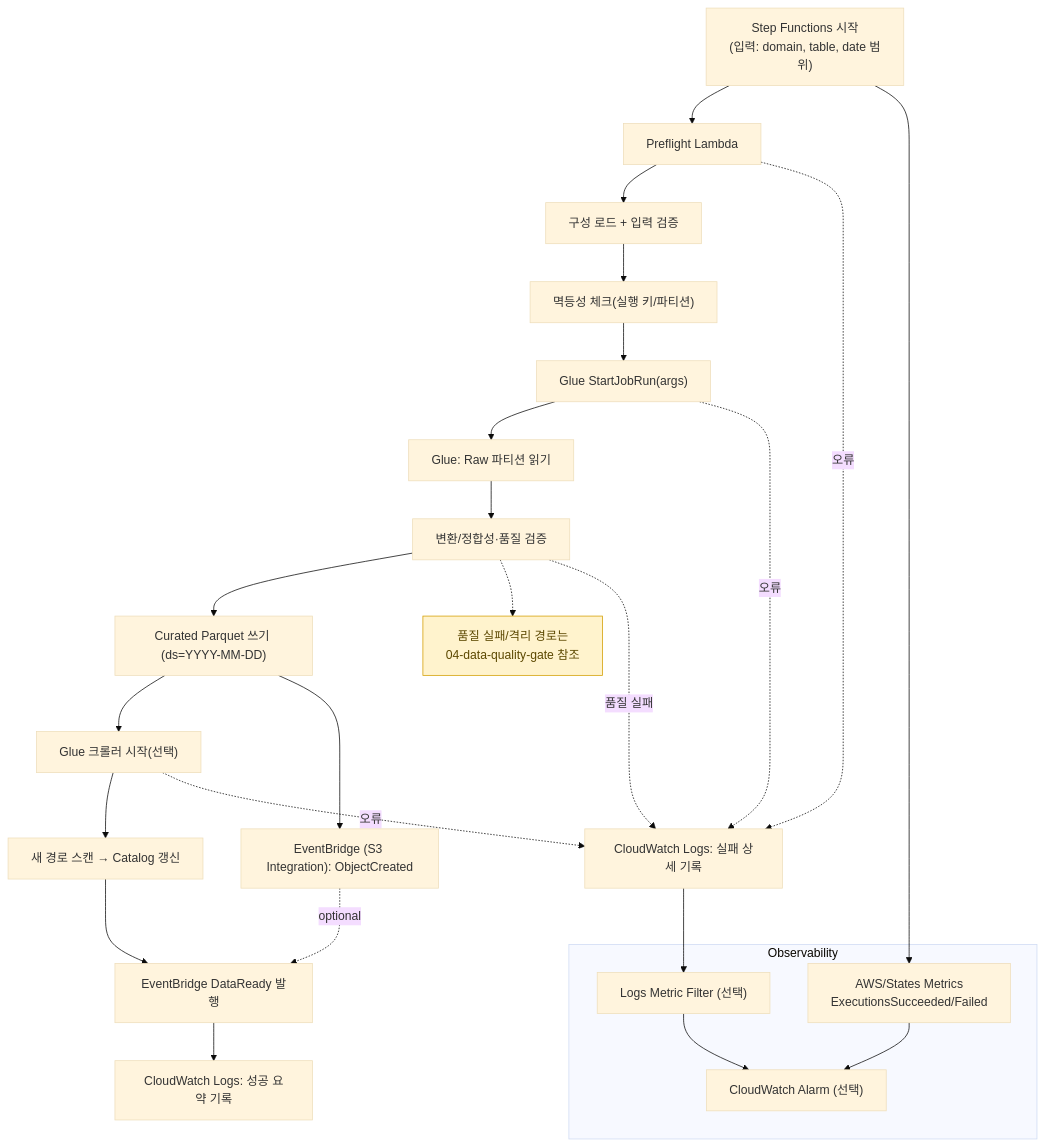
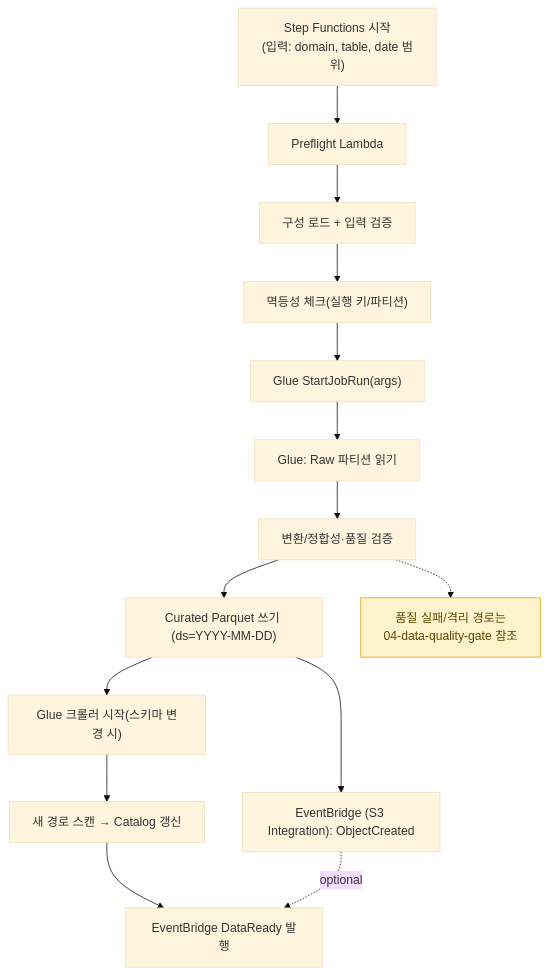
One commit to keemgdeok/fin-forge-pipeline changed the diagram in docs/diagrams/transform/02-flow.md. Above: the diagram before and after it, drawn with Mermaid (base theme). The commit also changed 20 other files, not shown here.

Commit message:
docs(specs/state-machine): catalog_update 입력 추가, SCHEMA_CHECK_FAILED 정의, 재시도 정책 갱신, 관측성 축약

````diff
--- a/docs/diagrams/transform/02-flow.md
+++ b/docs/diagrams/transform/02-flow.md
@@ -1,40 +1,24 @@
 ```mermaid
 flowchart TD
   A["Step Functions 시작<br/>(입력: domain, table, date 범위)"] --> B["Preflight Lambda"]
   B --> C["구성 로드 + 입력 검증"]
   C --> D["멱등성 체크(실행 키/파티션)"]
   D --> E["Glue StartJobRun(args)"]
   E --> F["Glue: Raw 파티션 읽기"]
   F --> G["변환/정합성·품질 검증"]
   G --> H["Curated Parquet 쓰기 (ds=YYYY-MM-DD)"]
-  H --> I["Glue 크롤러 시작(선택)"]
+  H --> I["Glue 크롤러 시작(스키마 변경 시)"]
   I --> J["새 경로 스캔 → Catalog 갱신"]
   J --> K["EventBridge DataReady 발행"]
-  K --> L["CloudWatch Logs: 성공 요약 기록"]
 
   %% DQ 상세 참고 노트
   NDQ["품질 실패/격리 경로는<br/>04-data-quality-gate 참조"]:::note
   G -.-> NDQ
 
-  %% 오류/우회 경로
-  B -. 오류 .-> X["CloudWatch Logs: 실패 상세 기록"]
-  E -. 오류 .-> X
-  G -. 품질 실패 .-> X
-  I -. 오류 .-> X
-
-  %% 메트릭/알람
-  subgraph Observability
-    M1["AWS/States Metrics<br/>ExecutionsSucceeded/Failed"]
-    M2["Logs Metric Filter (선택)"]
-    A1["CloudWatch Alarm (선택)"]
-  end
-  A --> M1
-  X --> M2
-  M1 --> A1
-  M2 --> A1
+  %% 오류/우회 경로: 단순화 위해 생략(핵심 플로우만 표시)
 
   H --> EB["EventBridge (S3 Integration): ObjectCreated"]
   EB -. optional .-> K
 
   classDef note fill:#fff3cd,stroke:#d39e00,color:#5c4800;
 ```
````
